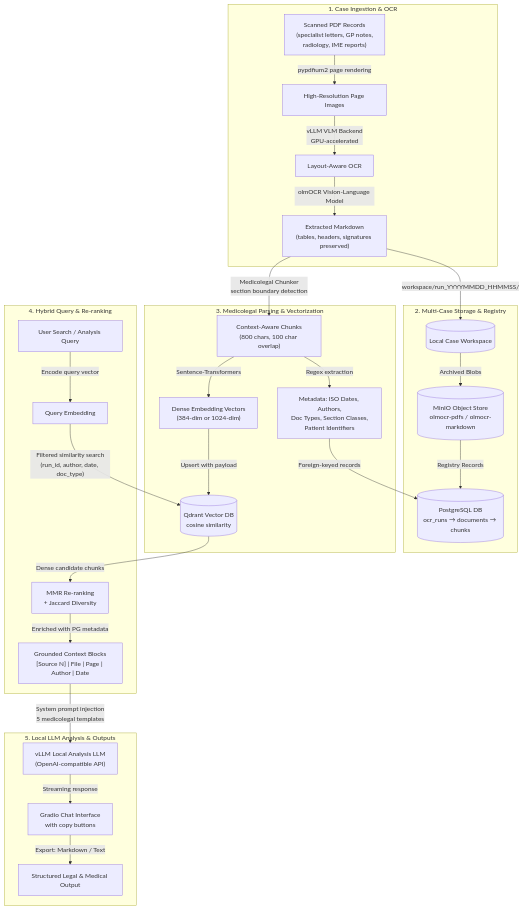
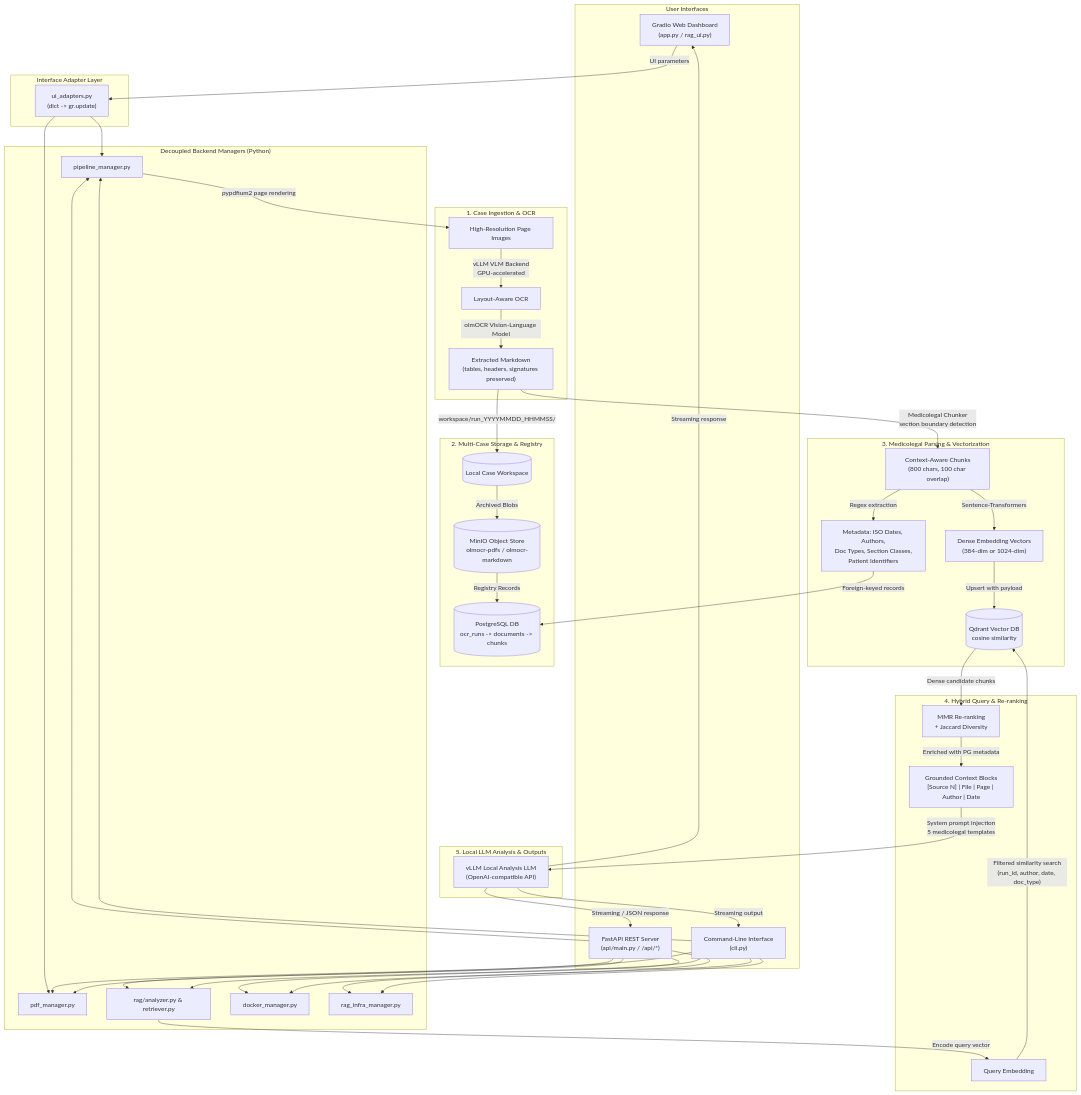
Before and after one commit to r70pro/CORAG: the first of 3 diagrams in medicolegal_rag_guide.md, drawn with Mermaid. The commit also changed other lines of this file and 29 other files, not shown here.

Commit message:
feat: implement FastAPI service, CLI, and update medicolegal RAG pipeline

````diff
--- a/medicolegal_rag_guide.md
+++ b/medicolegal_rag_guide.md
@@ -17,35 +17,63 @@
 ```mermaid
 flowchart TD
+    subgraph UI ["User Interfaces"]
+        UI_Gradio["Gradio Web Dashboard<br/>(app.py / rag_ui.py)"]
+        UI_API["FastAPI REST Server<br/>(api/main.py / /api/*)"]
+        UI_CLI["Command-Line Interface<br/>(cli.py)"]
+    end
+
+    subgraph Adapters ["Interface Adapter Layer"]
+        UI_Gradio -->|UI parameters| UI_Bridge["ui_adapters.py<br/>(dict -> gr.update)"]
+    end
+
+    subgraph Core ["Decoupled Backend Managers (Python)"]
+        UI_Bridge --> Core_Pipeline["pipeline_manager.py"]
+        UI_Bridge --> Core_PDF["pdf_manager.py"]
+        
+        UI_API --> Core_Pipeline
+        UI_API --> Core_PDF
+        UI_API --> Core_RAG["rag/analyzer.py & retriever.py"]
+        UI_API --> Core_Docker["docker_manager.py"]
+        UI_API --> Core_Infra["rag_infra_manager.py"]
+
+        UI_CLI --> Core_Pipeline
+        UI_CLI --> Core_PDF
+        UI_CLI --> Core_RAG
+        UI_CLI --> Core_Docker
+        UI_CLI --> Core_Infra
+    end
+
     subgraph Ingestion ["1. Case Ingestion & OCR"]
-        A["Scanned PDF Records<br/>(specialist letters, GP notes,<br/>radiology, IME reports)"] -->|pypdfium2 page rendering| B["High-Resolution Page Images"]
+        Core_Pipeline -->|pypdfium2 page rendering| B["High-Resolution Page Images"]
         B -->|vLLM VLM Backend<br/>GPU-accelerated| C["Layout-Aware OCR"]
         C -->|olmOCR Vision-Language Model| D["Extracted Markdown<br/>(tables, headers, signatures preserved)"]
     end
 
     subgraph Storage ["2. Multi-Case Storage & Registry"]
         D -->|"workspace/run_YYYYMMDD_HHMMSS/"| E[("Local Case Workspace")]
         E -->|Archived Blobs| F[("MinIO Object Store<br/>olmocr-pdfs / olmocr-markdown")]
-        F -->|Registry Records| G[("PostgreSQL DB<br/>ocr_runs → documents → chunks")]
+        F -->|Registry Records| G[("PostgreSQL DB<br/>ocr_runs -> documents -> chunks")]
     end
 
     subgraph Indexing ["3. Medicolegal Parsing & Vectorization"]
         D -->|Medicolegal Chunker<br/>section boundary detection| H["Context-Aware Chunks<br/>(800 chars, 100 char overlap)"]
         H -->|Regex extraction| I["Metadata: ISO Dates, Authors,<br/>Doc Types, Section Classes,<br/>Patient Identifiers"]
         H -->|Sentence-Transformers| J["Dense Embedding Vectors<br/>(384-dim or 1024-dim)"]
         J -->|Upsert with payload| K[("Qdrant Vector DB<br/>cosine similarity")]
         I -->|Foreign-keyed records| G
     end
 
     subgraph Retrieval ["4. Hybrid Query & Re-ranking"]
-        L["User Search / Analysis Query"] -->|Encode query vector| M["Query Embedding"]
+        Core_RAG -->|Encode query vector| M["Query Embedding"]
         M -->|"Filtered similarity search<br/>(run_id, author, date, doc_type)"| K
         K -->|Dense candidate chunks| N["MMR Re-ranking<br/>+ Jaccard Diversity"]
         N -->|Enriched with PG metadata| O["Grounded Context Blocks<br/>[Source N] | File | Page | Author | Date"]
     end
 
     subgraph Generation ["5. Local LLM Analysis & Outputs"]
         O -->|System prompt injection<br/>5 medicolegal templates| P["vLLM Local Analysis LLM<br/>(OpenAI-compatible API)"]
-        P -->|Streaming response| Q["Gradio Chat Interface<br/>with copy buttons"]
-        Q -->|"Export: Markdown / Text"| R["Structured Legal & Medical Output"]
+        P -->|Streaming response| UI_Gradio
+        P -->|Streaming / JSON response| UI_API
+        P -->|Streaming output| UI_CLI
     end
 ```
````
